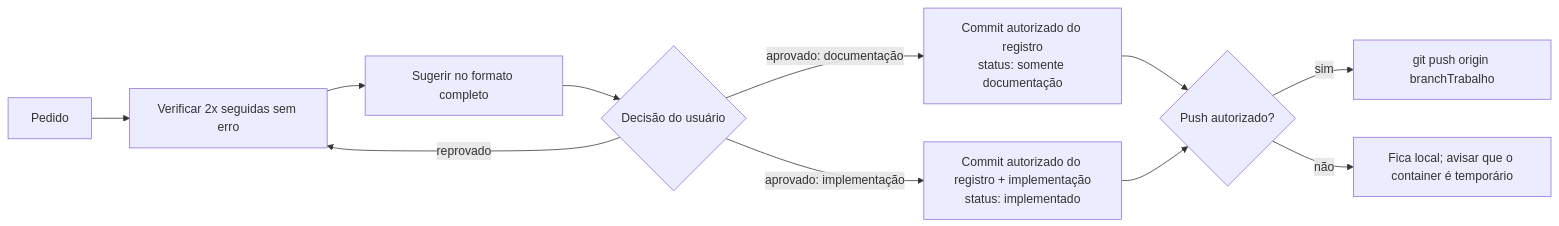
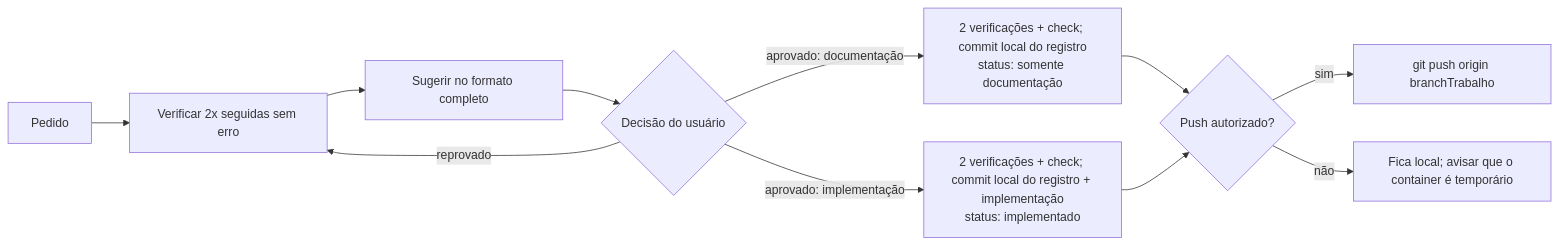
Before and after one commit to TokumoH/RevocastCameras: the diagram in CLAUDE.md, drawn with Mermaid. The commit also changed other lines of this file and 5 other files, not shown here.

````diff
--- a/CLAUDE.md
+++ b/CLAUDE.md
@@ -126,13 +126,13 @@
 ```mermaid
 flowchart LR
     A[Pedido] --> B[Verificar 2x seguidas sem erro]
     B --> C[Sugerir no formato completo]
     C --> D{Decisão do usuário}
     D -- reprovado --> B
-    D -- aprovado: documentação --> E[Commit autorizado do registro<br/>status: somente documentação]
-    D -- aprovado: implementação --> F[Commit autorizado do registro + implementação<br/>status: implementado]
+    D -- aprovado: documentação --> E[2 verificações + check; commit local do registro<br/>status: somente documentação]
+    D -- aprovado: implementação --> F[2 verificações + check; commit local do registro + implementação<br/>status: implementado]
     E --> G{Push autorizado?}
     F --> G
     G -- sim --> H[git push origin branchTrabalho]
     G -- não --> I[Fica local; avisar que o container é temporário]
 ```
````
